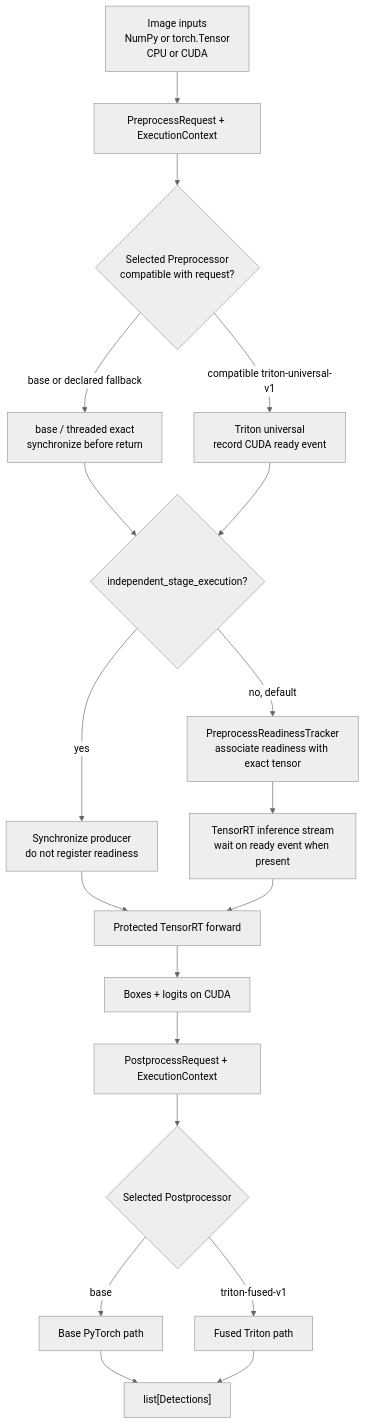
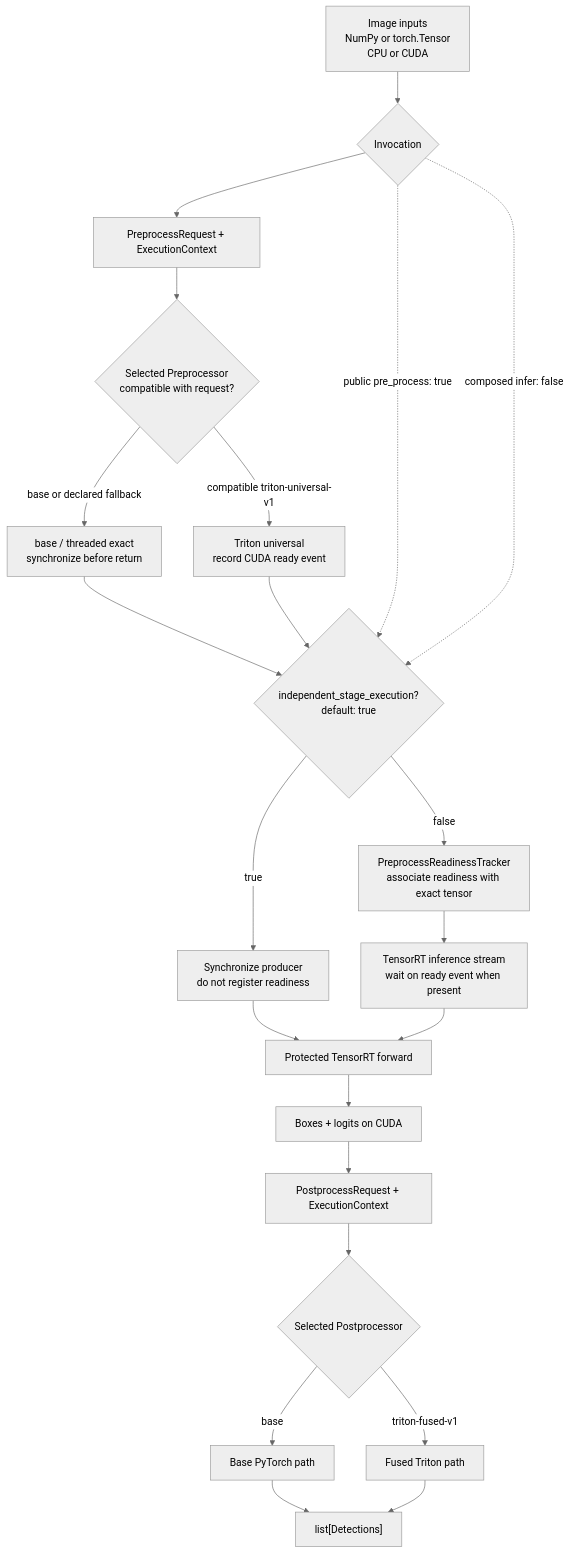
The third of 3 diagrams in inference_models/docs/contributors/inference-path-optimization-architecture.md (roboflow/inference), drawn with Mermaid (neutral theme) before and after one commit. The commit also changed other lines of this file and 5 other files, not shown here.

First line of the commit message:
Refine RF-DETR TensorRT execution and documentation for independent stage handling

````diff
--- a/inference_models/docs/contributors/inference-path-optimization-architecture.md
+++ b/inference_models/docs/contributors/inference-path-optimization-architecture.md
@@ -187,32 +187,35 @@
 ```mermaid
 flowchart TD
     inputs["Image inputs<br/>NumPy or torch.Tensor<br/>CPU or CUDA"]
+    invocation{"Invocation"}
     pre_request["PreprocessRequest + ExecutionContext"]
     pre_selected{"Selected Preprocessor<br/>compatible with request?"}
     pre_base["base / threaded exact<br/>synchronize before return"]
     pre_triton["Triton universal<br/>record CUDA ready event"]
-    boundary{"independent_stage_execution?"}
+    boundary{"independent_stage_execution?<br/>default: true"}
     independent["Synchronize producer<br/>do not register readiness"]
     readiness["PreprocessReadinessTracker<br/>associate readiness with exact tensor"]
     wait["TensorRT inference stream<br/>wait on ready event when present"]
     forward["Protected TensorRT forward"]
     outputs["Boxes + logits on CUDA"]
     post_request["PostprocessRequest + ExecutionContext"]
     post_selected{"Selected Postprocessor"}
     post_base["Base PyTorch path"]
     post_triton["Fused Triton path"]
     detections["list[Detections]"]
 
-    inputs --> pre_request --> pre_selected
+    inputs --> invocation --> pre_request --> pre_selected
     pre_selected -->|base or declared fallback| pre_base
     pre_selected -->|compatible triton-universal-v1| pre_triton
     pre_base --> boundary
     pre_triton --> boundary
-    boundary -->|yes| independent --> forward
-    boundary -->|no, default| readiness
+    invocation -.->|public pre_process: true| boundary
+    invocation -.->|composed infer: false| boundary
+    boundary -->|true| independent --> forward
+    boundary -->|false| readiness
     readiness --> wait --> forward --> outputs --> post_request --> post_selected
     post_selected -->|base| post_base
     post_selected -->|triton-fused-v1| post_triton
     post_base --> detections
     post_triton --> detections
 ```
````
